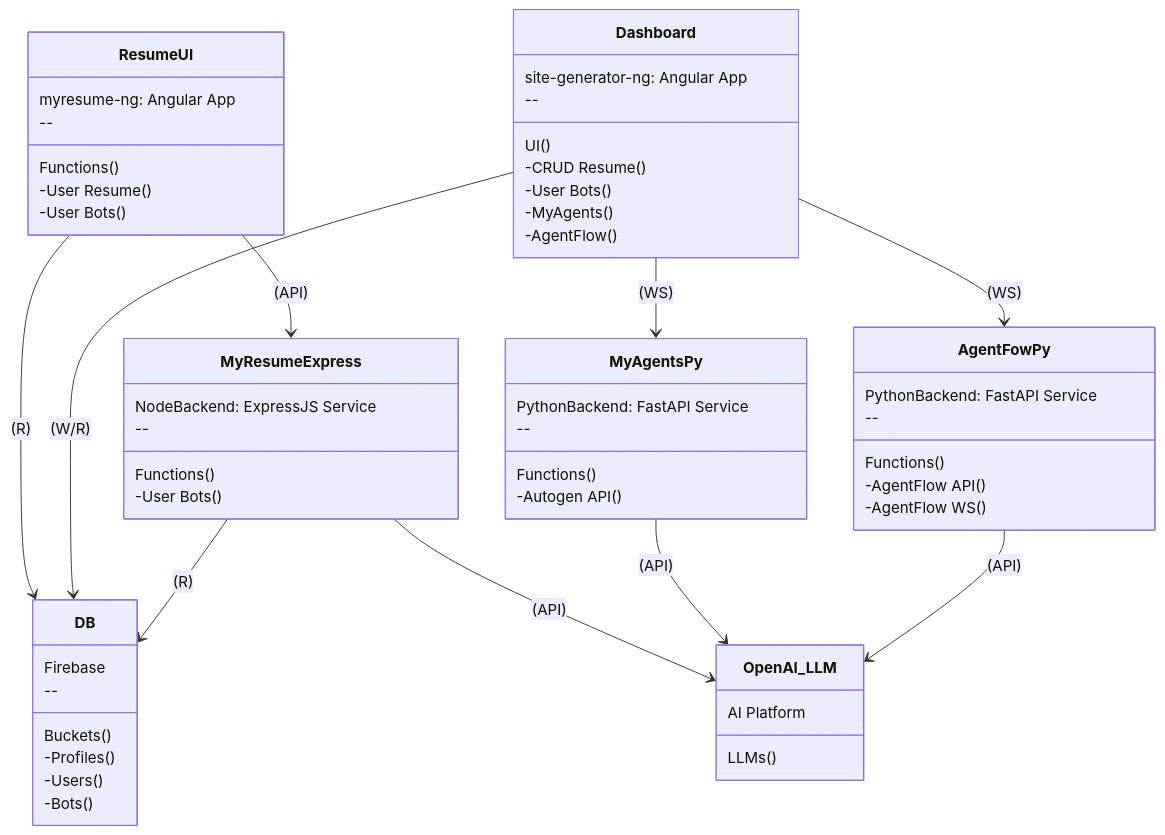
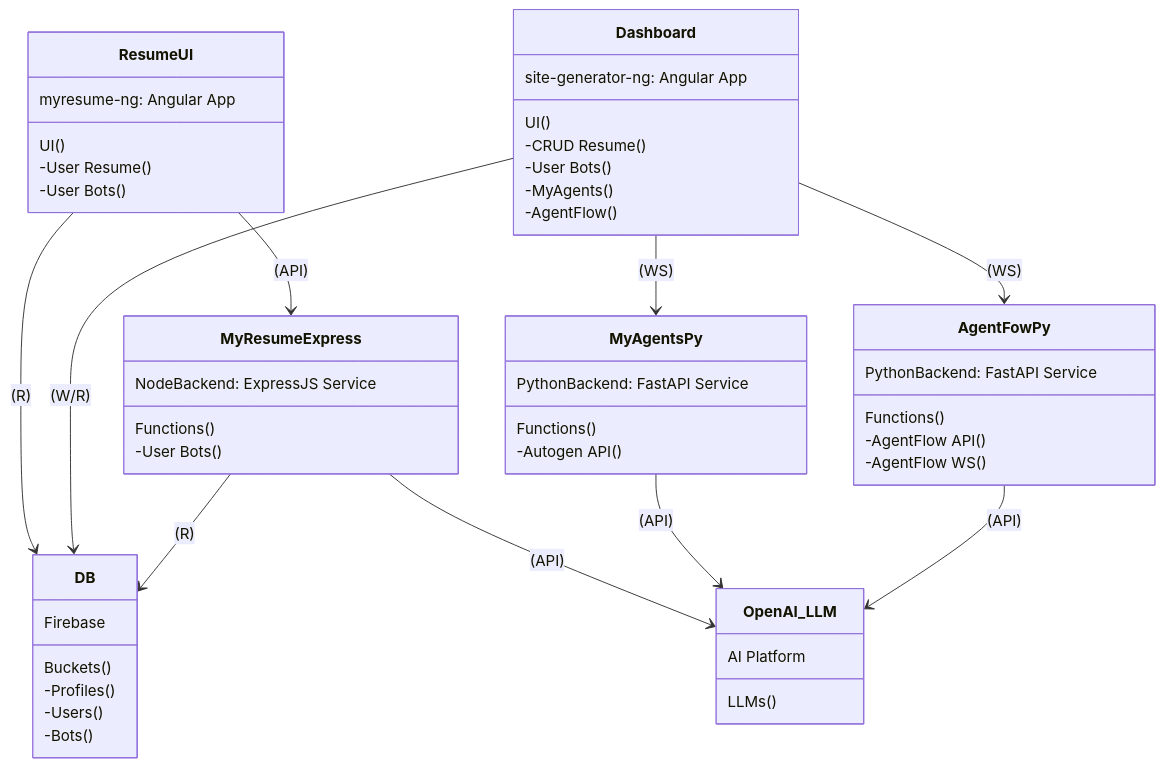
Before and after one commit to thaer899/connectorzzz: the diagram in README.md, drawn with Mermaid.

````diff
--- a/README.md
+++ b/README.md
@@ -24,64 +24,64 @@
 ```mermaid
 %%{init: {'theme': 'default'}}%%
 classDiagram
     class DB {
         Firebase
         Buckets()
-        --
+
         -Profiles()
         -Users()
         -Bots()
     }
     class ResumeUI {
         myresume-ng: Angular App
-        Functions()
-        --
+        UI()
+
         -User Resume()
         -User Bots()
     }
     class Dashboard {
         site-generator-ng: Angular App
          UI()
-         --
+
         -CRUD Resume()
         -User Bots()
         -MyAgents()
         -AgentFlow()
     }
     class MyResumeExpress {
         NodeBackend: ExpressJS Service
         Functions()
-        --
+
         -User Bots()
     }
     class MyAgentsPy {
         PythonBackend: FastAPI Service
         Functions()
-        --
+
         -Autogen API()
     }
     class AgentFowPy {
         PythonBackend: FastAPI Service
         Functions()
-        --
+
         -AgentFlow API()
         -AgentFlow WS()
     }
     class OpenAI_LLM {
         AI Platform
         LLMs()
     }
 
     %% Connections
     ResumeUI --> DB :  (R)
     Dashboard --> DB :  (W/R)
     ResumeUI --> MyResumeExpress : (API)
     MyResumeExpress --> DB :  (R)
     MyResumeExpress --> OpenAI_LLM : (API)
     Dashboard --> MyAgentsPy :  (WS)
     MyAgentsPy --> OpenAI_LLM : (API)
     Dashboard --> AgentFowPy :  (WS)
     AgentFowPy --> OpenAI_LLM : (API)
 
 
 ```
````
